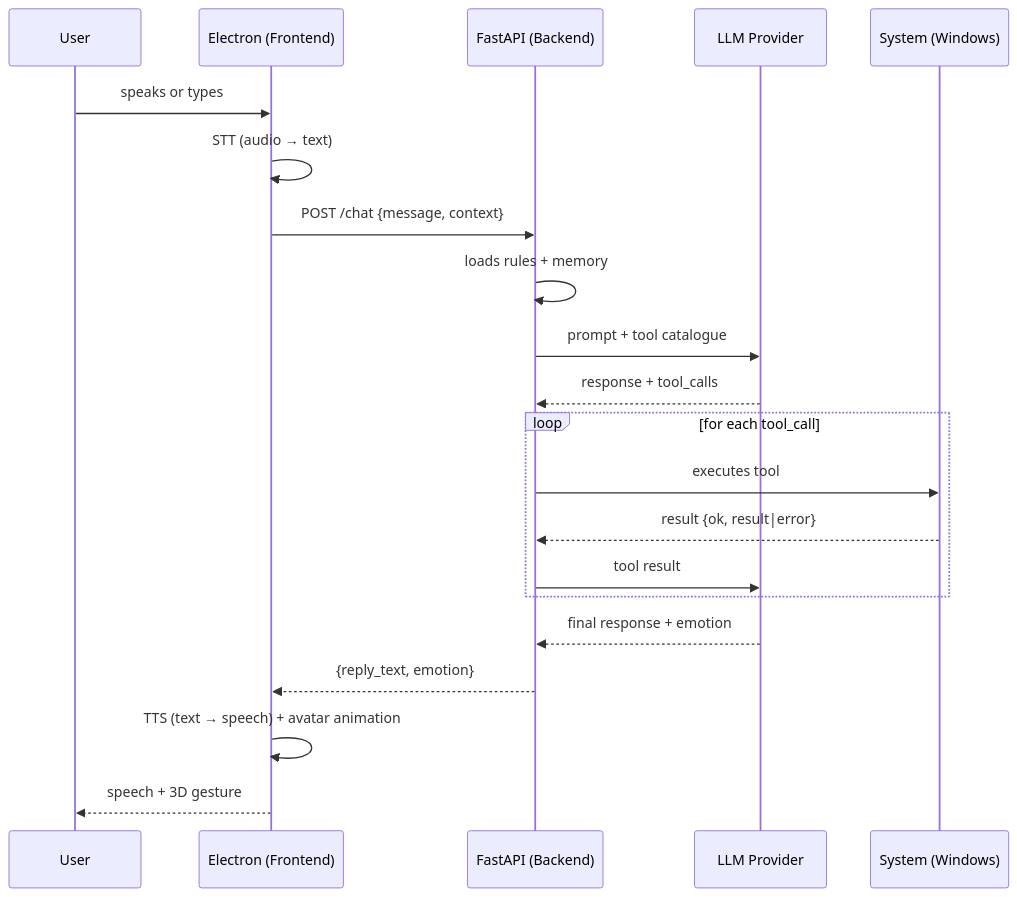
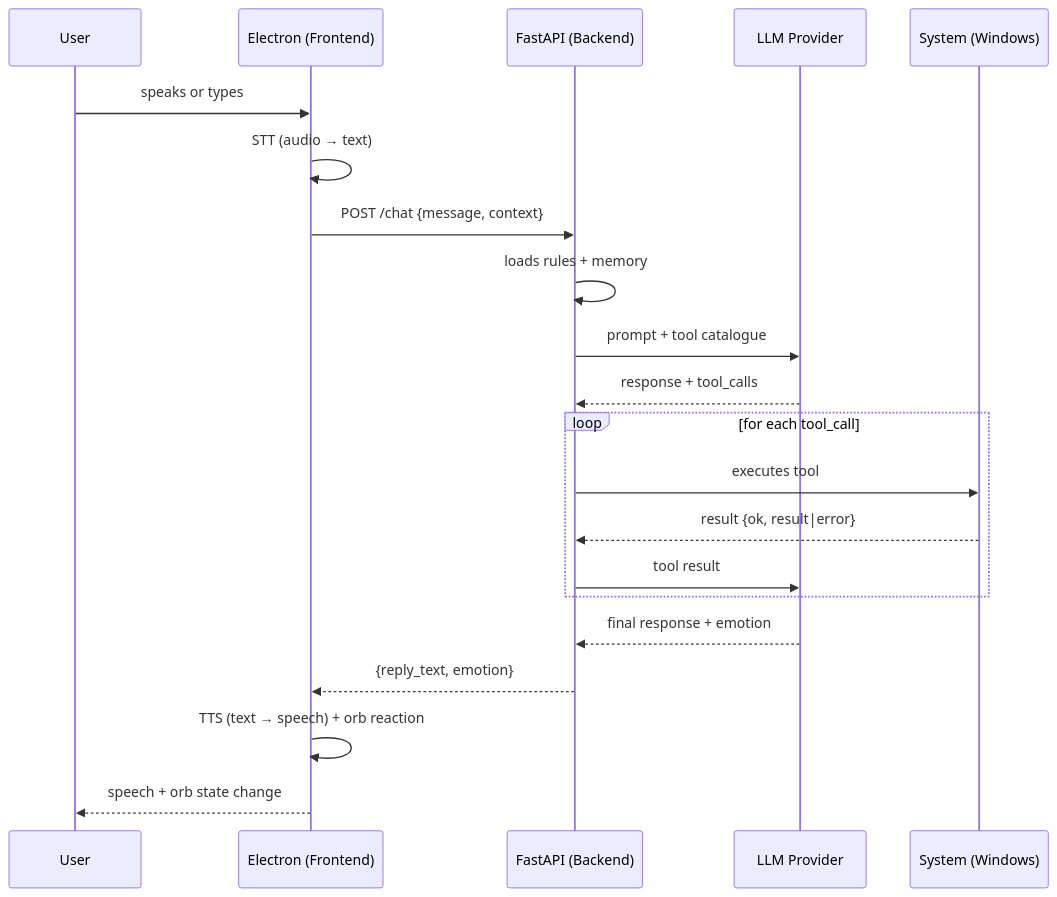
Before and after one commit to WinstonPereira/diana-ai-agent-showcase: the first of 6 diagrams in docs/diagrams/architecture.md, drawn with Mermaid. The commit also changed other lines of this file, not shown here.

Commit message:
docs: update diagrams — orb instead of 3D avatar, add autonomy and protection cycles

````diff
--- a/docs/diagrams/architecture.md
+++ b/docs/diagrams/architecture.md
@@ -5,24 +5,24 @@
 ```mermaid
 sequenceDiagram
     participant U as User
     participant E as Electron (Frontend)
     participant F as FastAPI (Backend)
     participant L as LLM Provider
     participant S as System (Windows)
 
     U->>E: speaks or types
     E->>E: STT (audio → text)
     E->>F: POST /chat {message, context}
     F->>F: loads rules + memory
     F->>L: prompt + tool catalogue
     L-->>F: response + tool_calls
     loop for each tool_call
         F->>S: executes tool
         S-->>F: result {ok, result|error}
         F->>L: tool result
     end
     L-->>F: final response + emotion
     F-->>E: {reply_text, emotion}
-    E->>E: TTS (text → speech) + avatar animation
-    E-->>U: speech + 3D gesture
+    E->>E: TTS (text → speech) + orb reaction
+    E-->>U: speech + orb state change
 ```
````
